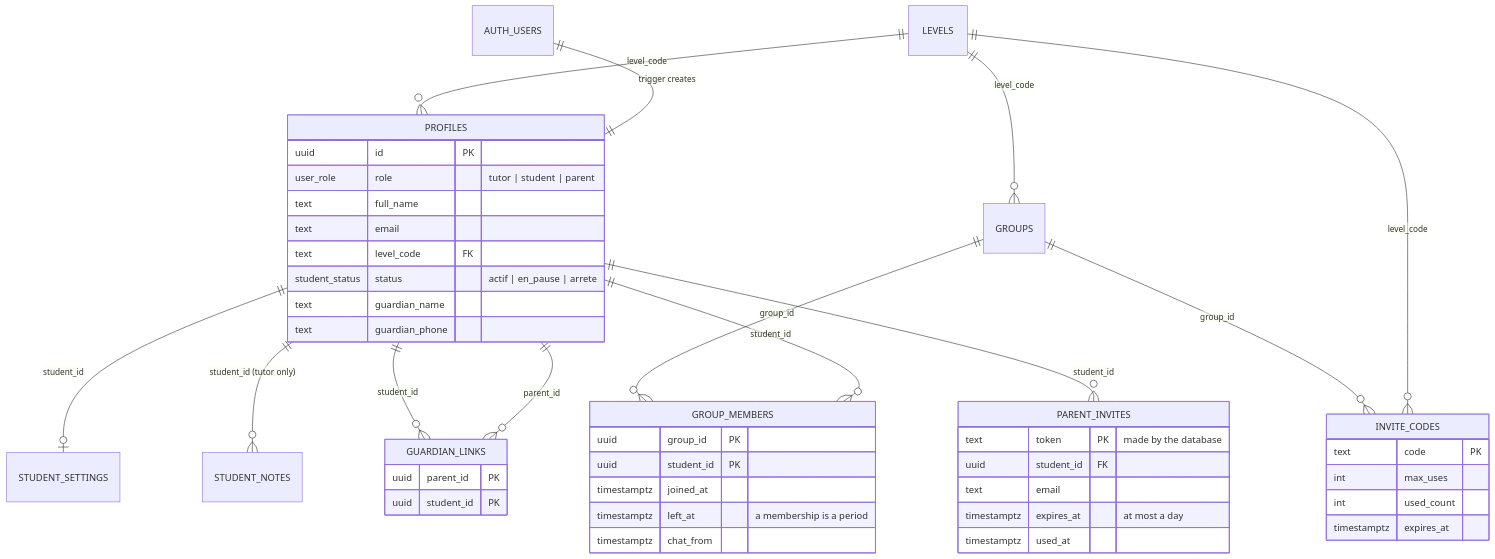
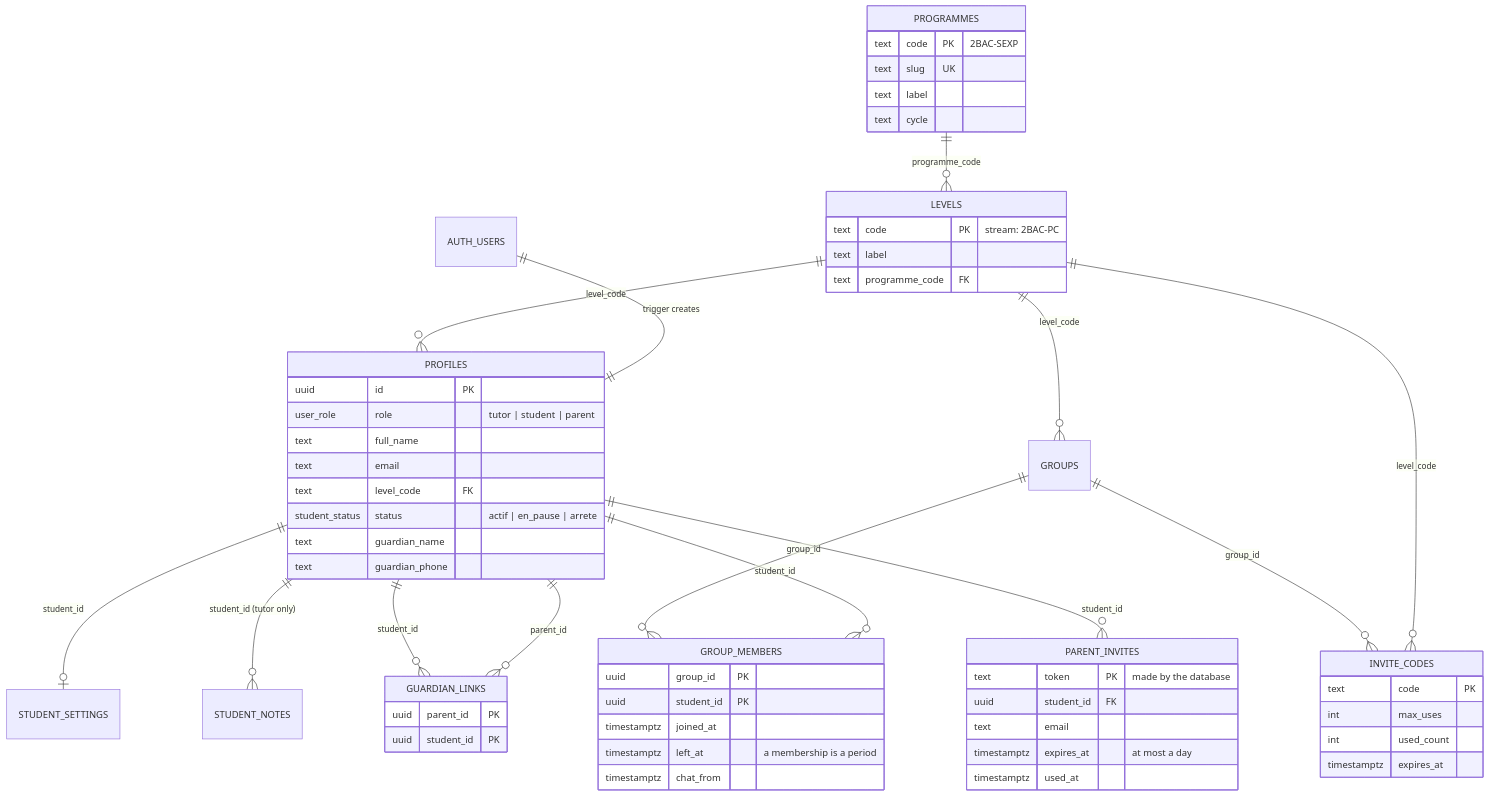
The first of 5 diagrams in docs/schema.md (yasukeo/equerre), drawn with Mermaid before and after one commit. The commit also changed other lines of this file and 32 other files, not shown here.

First line of the commit message:
The whole Moroccan maths programme, by stream and programme

````diff
--- a/docs/schema.md
+++ b/docs/schema.md
@@ -12,50 +12,62 @@
 ```mermaid
 erDiagram
   AUTH_USERS ||--|| PROFILES : "trigger creates"
+  PROGRAMMES ||--o{ LEVELS : "programme_code"
   LEVELS ||--o{ PROFILES : "level_code"
   LEVELS ||--o{ GROUPS : "level_code"
   LEVELS ||--o{ INVITE_CODES : "level_code"
   GROUPS ||--o{ INVITE_CODES : "group_id"
   PROFILES ||--o| STUDENT_SETTINGS : "student_id"
   PROFILES ||--o{ STUDENT_NOTES : "student_id (tutor only)"
   PROFILES ||--o{ GROUP_MEMBERS : "student_id"
   GROUPS ||--o{ GROUP_MEMBERS : "group_id"
   PROFILES ||--o{ GUARDIAN_LINKS : "parent_id"
   PROFILES ||--o{ GUARDIAN_LINKS : "student_id"
   PROFILES ||--o{ PARENT_INVITES : "student_id"
 
+  PROGRAMMES {
+    text code PK "2BAC-SEXP"
+    text slug UK
+    text label
+    text cycle
+  }
+  LEVELS {
+    text code PK "stream: 2BAC-PC"
+    text label
+    text programme_code FK
+  }
   PROFILES {
     uuid id PK
     user_role role "tutor | student | parent"
     text full_name
     text email
     text level_code FK
     student_status status "actif | en_pause | arrete"
     text guardian_name
     text guardian_phone
   }
   GROUP_MEMBERS {
     uuid group_id PK
     uuid student_id PK
     timestamptz joined_at
     timestamptz left_at "a membership is a period"
     timestamptz chat_from
   }
   GUARDIAN_LINKS {
     uuid parent_id PK
     uuid student_id PK
   }
   PARENT_INVITES {
     text token PK "made by the database"
     uuid student_id FK
     text email
     timestamptz expires_at "at most a day"
     timestamptz used_at
   }
   INVITE_CODES {
     text code PK
     int max_uses
     int used_count
     timestamptz expires_at
   }
 ```
````
